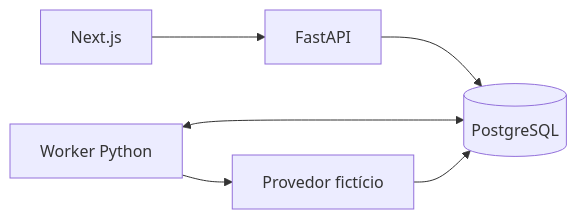
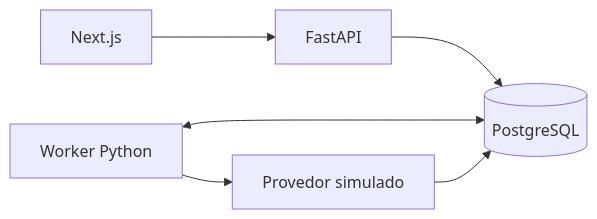
The diagram in README.md (arthurjoanes/gestao-recebiveis), drawn with Mermaid before and after one commit. The commit also changed other lines of this file and 18 other files, not shown here.

````diff
--- a/README.md
+++ b/README.md
@@ -13,8 +69,8 @@
 ```mermaid
 flowchart LR
     UI[Next.js] --> API[FastAPI]
     API --> DB[(PostgreSQL)]
     Worker[Worker Python] <--> DB
-    Worker --> Fake[Provedor fictício]
+    Worker --> Fake[Provedor simulado]
     Fake --> DB
 ```
````
